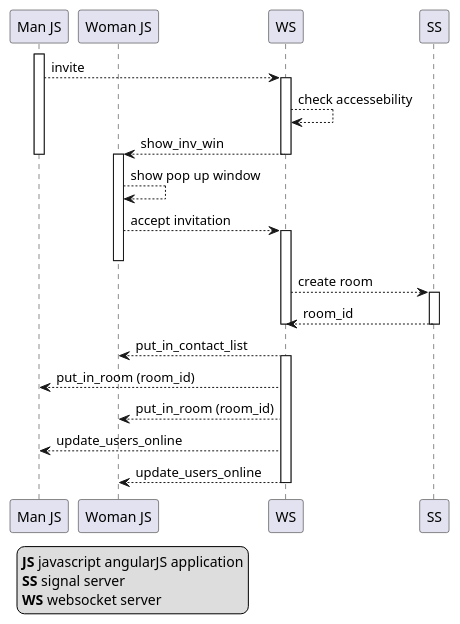
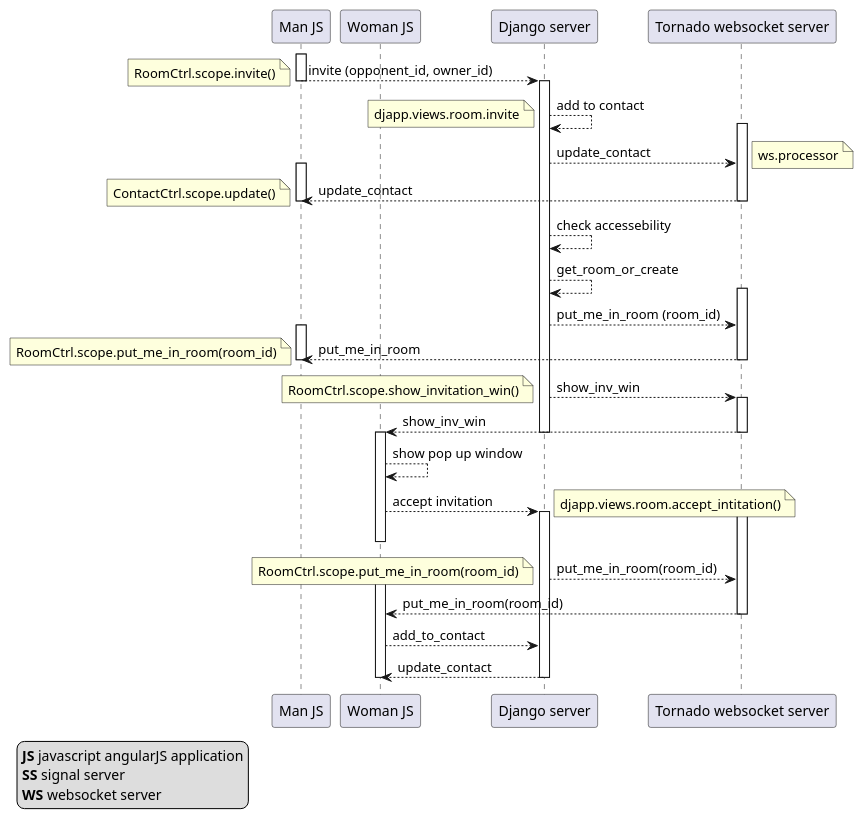
One commit to zdimon/angular-chat changed the diagram in doc/source/uml/invite.rst. Above: the diagram before and after it, drawn with PlantUML. The commit also changed 22 other files, not shown here.

```diff
--- a/doc/source/uml/invite.rst
+++ b/doc/source/uml/invite.rst
@@ -7,31 +7,71 @@
 
         participant "Man JS" as M
         participant "Woman JS" as W
+        participant "Django server" as SS
+        participant "Tornado websocket server" as WS
+        
+        activate M
+        M --> SS: invite (opponent_id, owner_id)
+        note left: RoomCtrl.scope.invite()
+        deactivate M
+        
+        activate SS
+        SS --> SS: add to contact
+        note left: djapp.views.room.invite
 
+      
+
+        activate WS
+        SS-->WS: update_contact
+        note right: ws.processor
         activate M
-        M --> WS: invite
+        WS-->M: update_contact
+        note left: ContactCtrl.scope.update()
+        deactivate M
+        deactivate WS
+        
+        SS --> SS: check accessebility
+        SS --> SS: get_room_or_create
+
+        
         activate WS
-        WS --> WS: check accessebility
+        SS --> WS: put_me_in_room (room_id)
+        
+        activate M
+        WS-->M: put_me_in_room
+        note left: RoomCtrl.scope.put_me_in_room(room_id)
+        deactivate M
+        deactivate WS
+        
+
+        SS --> WS: show_inv_win
+        note left: RoomCtrl.scope.show_invitation_win()
+        activate WS
         WS --> W: show_inv_win
+        deactivate SS
         deactivate WS
         deactivate M
         activate W
         W-->W: show pop up window
-        W-->WS: accept invitation
+        W-->SS: accept invitation
+        note right: djapp.views.room.accept_intitation()
+        activate SS
+        deactivate W
+        
+
         activate WS
+        SS-->WS: put_me_in_room(room_id)
+        note left: RoomCtrl.scope.put_me_in_room(room_id)
+        activate W
+        WS-->W: put_me_in_room(room_id)
+        deactivate WS
+        W-->SS: add_to_contact
+        SS-->W: update_contact
+        deactivate WS
         deactivate W
-        WS --> SS: create room
-        activate SS
-        SS-->WS: room_id
-        deactivate WS
         deactivate SS
-        WS-->W: put_in_contact_list
-        activate WS
-        WS-->M: put_in_room (room_id)
-        WS-->W: put_in_room (room_id)
-        WS-->M: update_users_online
-        WS-->W: update_users_online
-        deactivate WS
+        
+        
         
 
         
```
